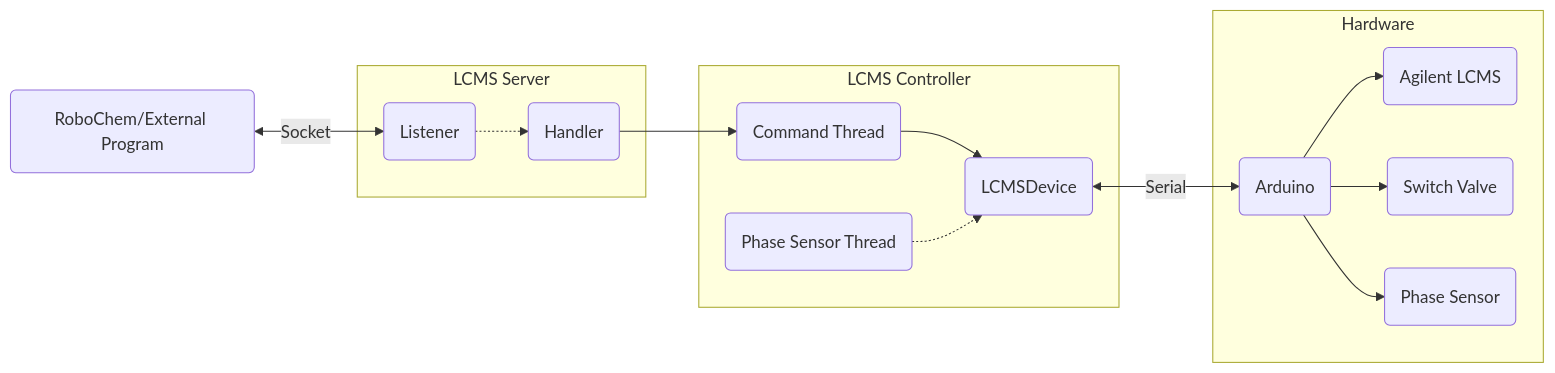
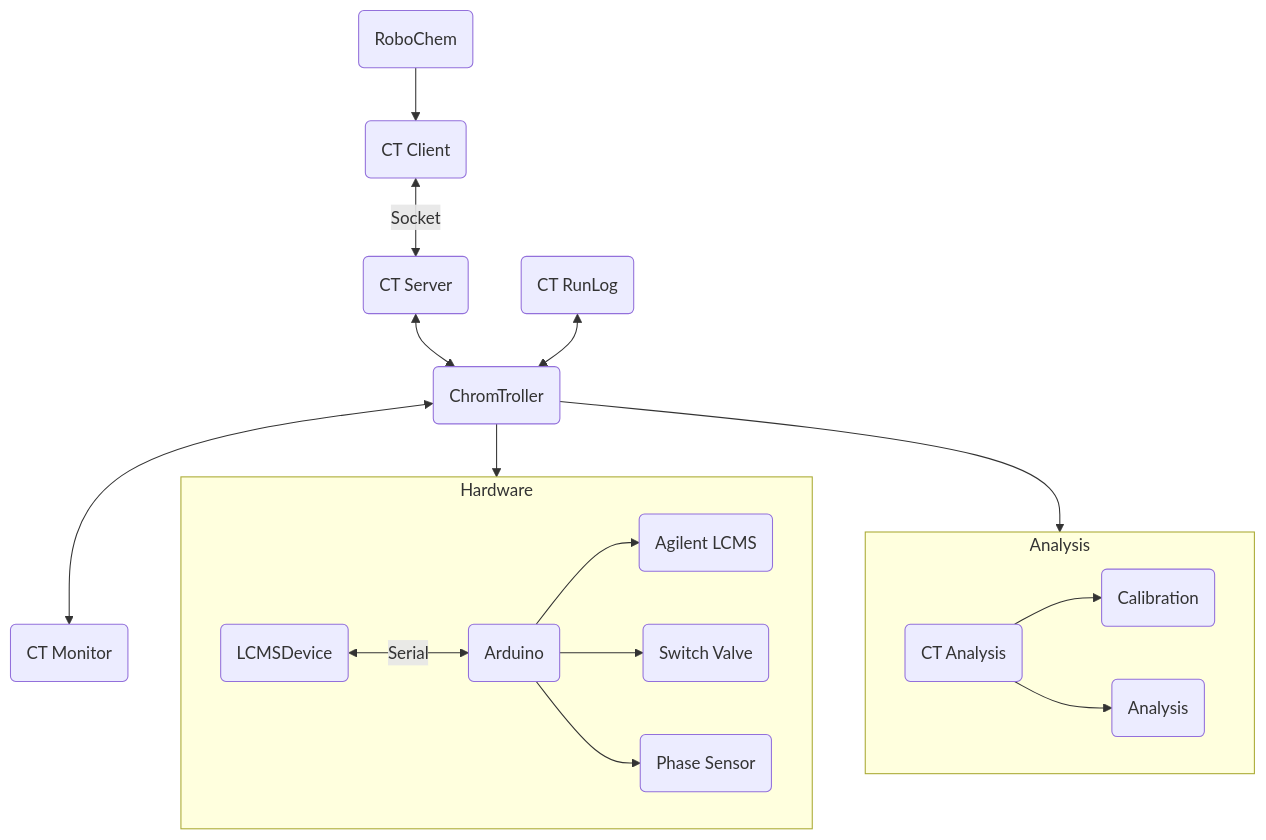
The diagram in README.md (ombayley/ChromTroller), drawn with Mermaid before and after one commit. The commit also changed 10 other files, not shown here.

````diff
--- a/README.md
+++ b/README.md
@@ -17,19 +17,31 @@
 ```mermaid
-graph LR;
-    RbC(RoboChem/External Program)<--Socket-->lis
-    subgraph LCMS Server;
-        lis(Listener)
-        hand(Handler)
-        lis-.->hand
+graph TD;
+    RbC(RoboChem)
+    cli(CT Client)
+    ser(CT Server)
+    CT(ChromTroller)
+    Ard(Arduino)
+    dev(LCMSDevice)
+    lcms(Agilent LCMS)
+    SW(Switch Valve)
+    PS(Phase Sensor)
+    log(CT RunLog)
+    mon(CT Monitor)
+    anal(CT Analysis)
+    cal(Calibration)
+    lams(Analysis)
+    
+    RbC --> cli
+    cli<--Socket-->ser
+    ser <--> CT
+    log <--> CT
+    CT <--> mon
+    CT --> Hardware & Analysis
+    subgraph Hardware
+    dev <--Serial-->Ard;
+    Ard-->lcms & SW & PS;
     end
-    hand--> thrA(Controller Input Thread);
-    subgraph LCMS Controller
-    thrA(Command Thread) --> dev(LCMSDevice)
-    thrB(Phase Sensor Thread) -.->dev
-    end
-    subgraph Hardware
-    dev <--Serial-->Ard(Arduino);
-    Ard-->lcms(Agilent LCMS) & SW(Switch Valve);
-    Ard-->PS(Phase Sensor);
+    subgraph Analysis
+    anal --> cal & lams    ;
     end
 ```
````
